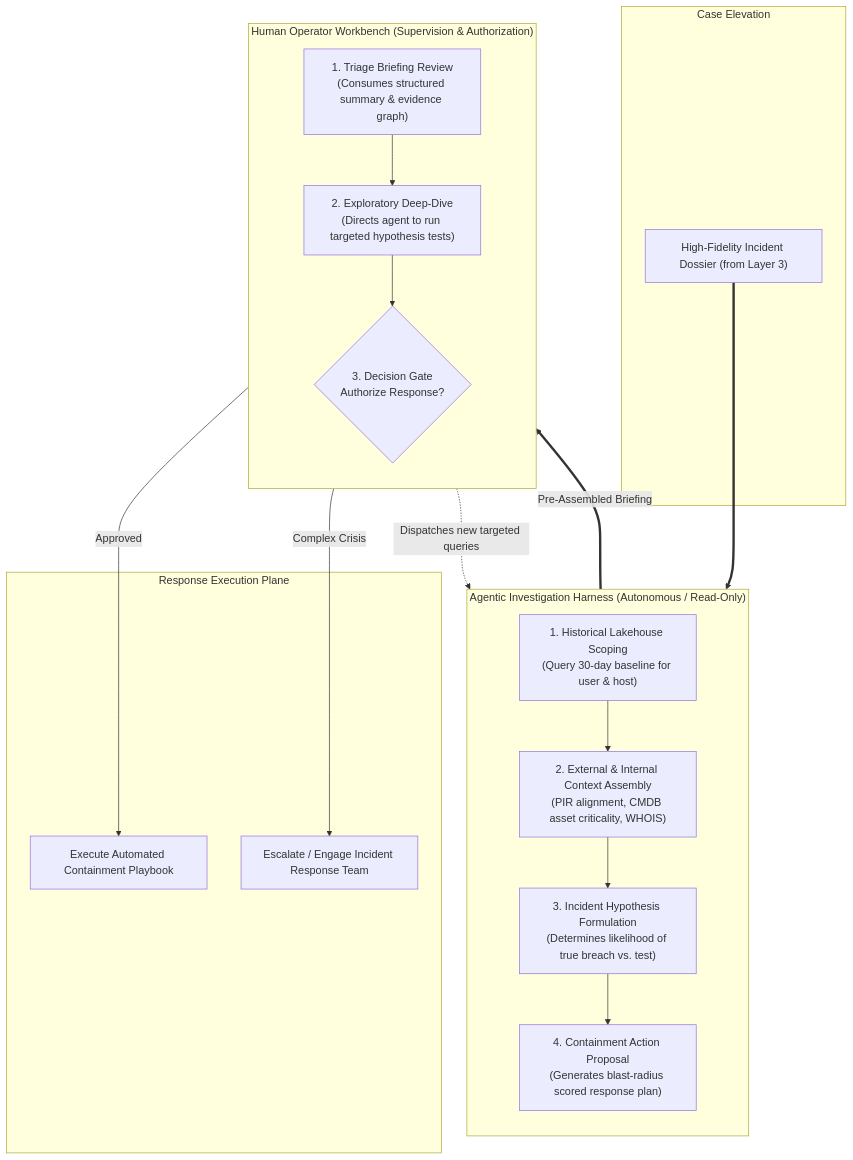
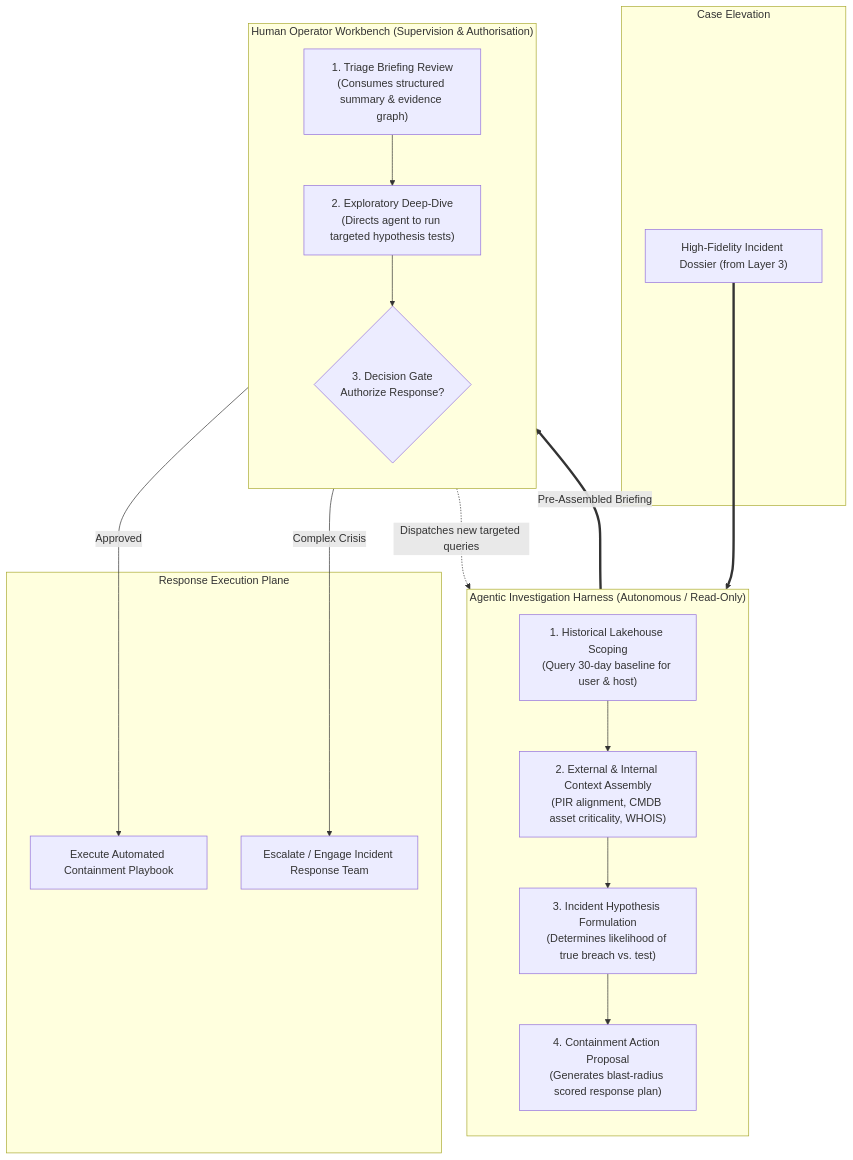
One commit to Haribu/TIDIR changed the third of 5 diagrams in docs/architecture/07-layer-4-incident-response.md. Above: the diagram before and after it, drawn with Mermaid. The commit also changed other lines of this file and 34 other files, not shown here.

Commit message:
feat(ai): add AI Orchestration Plane, ADR 0012, Utility-Trust-Cost Triad, and purge legacy SOAR references

````diff
--- a/docs/architecture/07-layer-4-incident-response.md
+++ b/docs/architecture/07-layer-4-incident-response.md
@@ -108,36 +108,36 @@
 ```mermaid
 flowchart TD
   subgraph Ingestion ["Case Elevation"]
     INCIDENT["High-Fidelity Incident Dossier (from Layer 3)"]
   end
 
   subgraph AgenticHarness ["Agentic Investigation Harness (Autonomous / Read-Only)"]
     direction TB
     A_QUERY["1. Historical Lakehouse Scoping\n(Query 30-day baseline for user & host)"]
     A_ENRICH["2. External & Internal Context Assembly\n(PIR alignment, CMDB asset criticality, WHOIS)"]
     A_HYPOTHESIS["3. Incident Hypothesis Formulation\n(Determines likelihood of true breach vs. test)"]
     A_REC["4. Containment Action Proposal\n(Generates blast-radius scored response plan)"]
 
     A_QUERY --> A_ENRICH --> A_HYPOTHESIS --> A_REC
   end
 
-  subgraph HumanWorkbench ["Human Operator Workbench (Supervision & Authorization)"]
+  subgraph HumanWorkbench ["Human Operator Workbench (Supervision & Authorisation)"]
     direction TB
     H_REVIEW["1. Triage Briefing Review\n(Consumes structured summary & evidence graph)"]
     H_HUNT["2. Exploratory Deep-Dive\n(Directs agent to run targeted hypothesis tests)"]
     H_AUTH{"3. Decision Gate\nAuthorize Response?"}
 
     H_REVIEW --> H_HUNT --> H_AUTH
   end
 
-  subgraph SOAR_Execution ["Response Execution Plane"]
+  subgraph RESP_Execution ["Response Execution Plane"]
     AUTO_EXEC["Execute Automated Containment Playbook"]
     ESCALATE["Escalate / Engage Incident Response Team"]
   end
 
   INCIDENT ==> AgenticHarness
   AgenticHarness ==>|Pre-Assembled Briefing| HumanWorkbench
   H_HUNT -.->|Dispatches new targeted queries| AgenticHarness
   H_AUTH -->|Approved| AUTO_EXEC
   H_AUTH -->|Complex Crisis| ESCALATE
 ```
````
